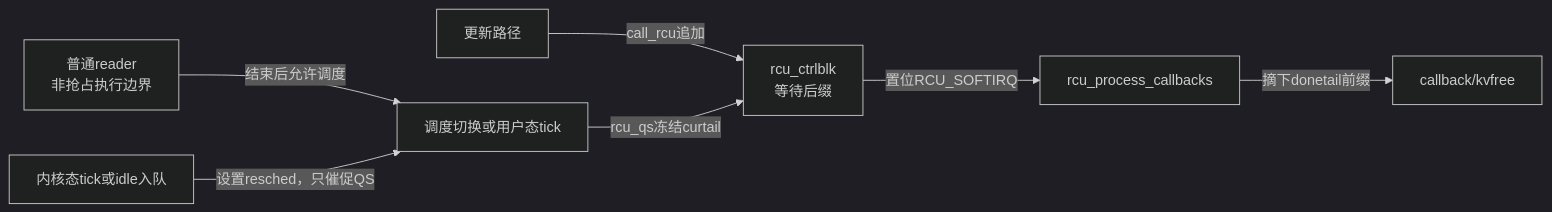
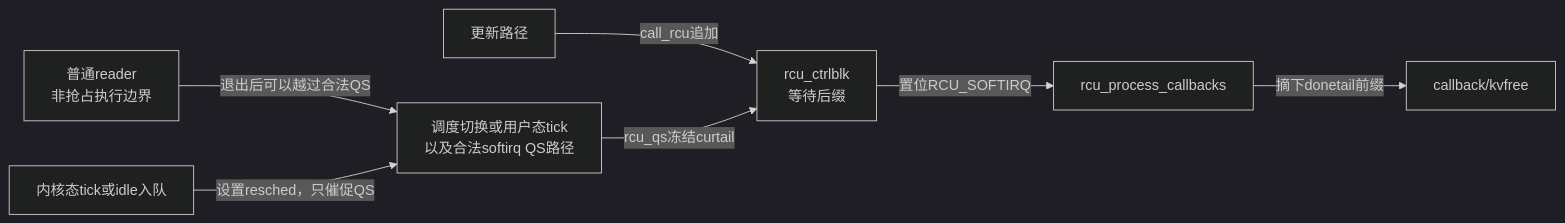
One commit to FormingSystem/linux_note changed the first of 2 diagrams in research/source_reading/rcu/navigation/P11_Linux_6.12_Tiny_RCU模块源码概念导读.md. Above: the diagram before and after it, drawn with Mermaid (dark theme). The commit also changed other lines of this file and 1 other file, not shown here.

````diff
--- a/research/source_reading/rcu/navigation/P11_Linux_6.12_Tiny_RCU模块源码概念导读.md
+++ b/research/source_reading/rcu/navigation/P11_Linux_6.12_Tiny_RCU模块源码概念导读.md
@@ -55,9 +59,9 @@
 ```mermaid
 flowchart LR
-    R["普通reader<br/>非抢占执行边界"] -->|"结束后允许调度"| Q["调度切换或用户态tick"]
+    R["普通reader<br/>非抢占执行边界"] -->|"退出后可以越过合法QS"| Q["调度切换或用户态tick<br/>以及合法softirq QS路径"]
     U["更新路径"] -->|"call_rcu追加"| C["rcu_ctrlblk<br/>等待后缀"]
     Q -->|"rcu_qs冻结curtail"| C
     C -->|"置位RCU_SOFTIRQ"| S["rcu_process_callbacks"]
     S -->|"摘下donetail前缀"| F["callback/kvfree"]
     T["内核态tick或idle入队"] -->|"设置resched，只催促QS"| Q
 ```
````
